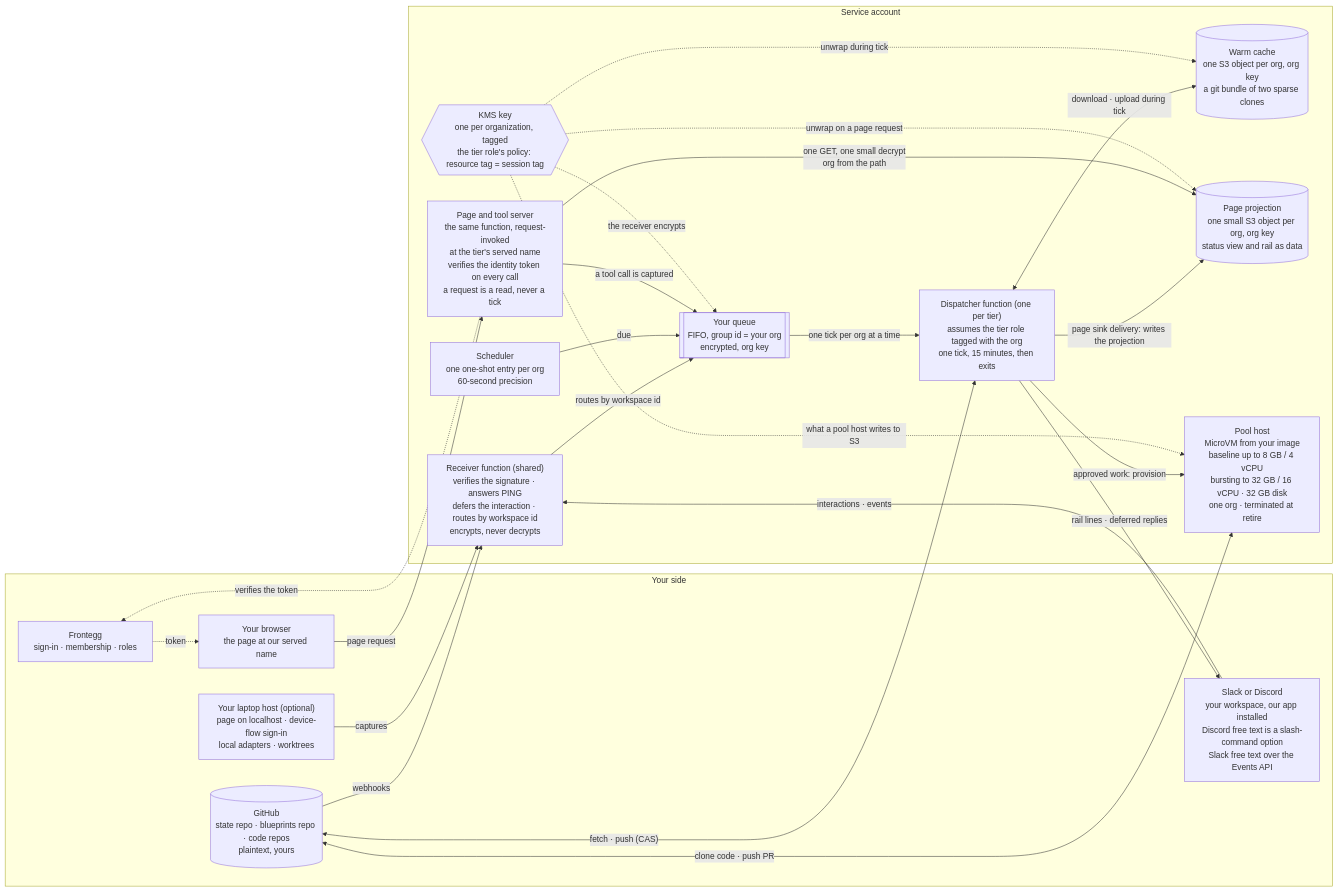
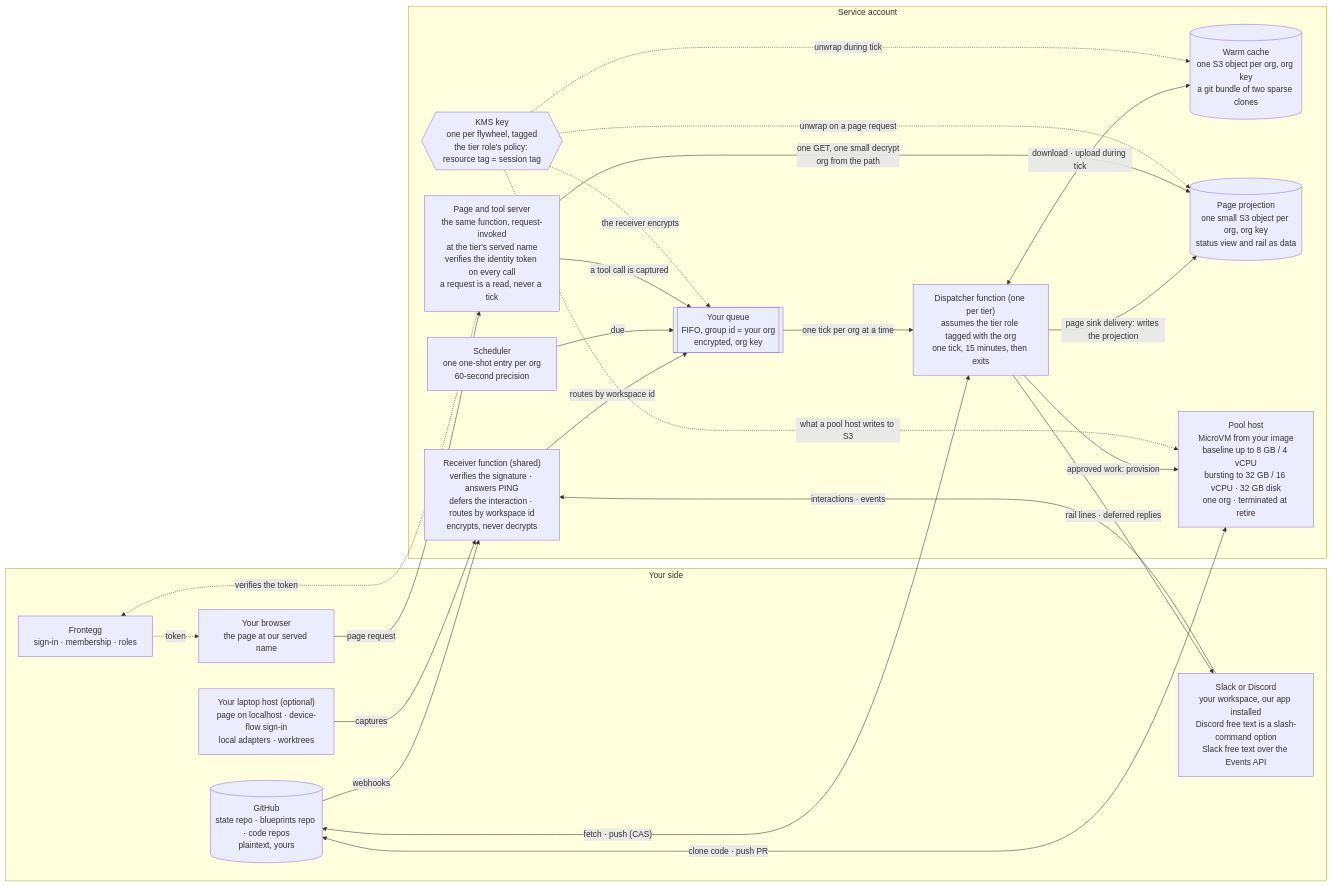
One commit to agentplot/blueprints changed the diagram in design/flywheel-next/proposals/hosted-design.md. Above: the diagram before and after it, drawn with Mermaid. The commit also changed other lines of this file and 49 other files, not shown here.

````diff
--- a/design/flywheel-next/proposals/hosted-design.md
+++ b/design/flywheel-next/proposals/hosted-design.md
@@ -16,42 +16,42 @@
 ```mermaid
 flowchart LR
   subgraph you["Your side"]
     gh[("GitHub<br/>state repo · blueprints repo · code repos<br/>plaintext, yours")]
     lap["Your laptop host (optional)<br/>page on localhost · device-flow sign-in<br/>local adapters · worktrees"]
     chat["Slack or Discord<br/>your workspace, our app installed<br/>Discord free text is a slash-command option<br/>Slack free text over the Events API"]
     idp["Frontegg<br/>sign-in · membership · roles"]
     br["Your browser<br/>the page at our served name"]
   end
   subgraph svc["Service account"]
     rcv["Receiver function (shared)<br/>verifies the signature · answers PING<br/>defers the interaction · routes by workspace id<br/>encrypts, never decrypts"]
     q[["Your queue<br/>FIFO, group id = your org<br/>encrypted, org key"]]
     disp["Dispatcher function (one per tier)<br/>assumes the tier role tagged with the org<br/>one tick, 15 minutes, then exits"]
     page["Page and tool server<br/>the same function, request-invoked<br/>at the tier's served name<br/>verifies the identity token on every call<br/>a request is a read, never a tick"]
     cache[("Warm cache<br/>one S3 object per org, org key<br/>a git bundle of two sparse clones")]
     proj[("Page projection<br/>one small S3 object per org, org key<br/>status view and rail as data")]
     sched["Scheduler<br/>one one-shot entry per org<br/>60-second precision"]
     pool["Pool host<br/>MicroVM from your image<br/>baseline up to 8 GB / 4 vCPU<br/>bursting to 32 GB / 16 vCPU · 32 GB disk<br/>one org · terminated at retire"]
-    key{{"KMS key<br/>one per organization, tagged<br/>the tier role's policy: resource tag = session tag"}}
+    key{{"KMS key<br/>one per flywheel, tagged<br/>the tier role's policy: resource tag = session tag"}}
   end
   gh -- "webhooks" --> rcv
   chat -- "interactions · events" --> rcv
   lap -- "captures" --> rcv
   rcv -- "routes by workspace id" --> q
   q -- "one tick per org at a time" --> disp
   sched -- "due" --> q
   br -- "page request" --> page
   idp -. "token" .-> br
   page -. "verifies the token" .-> idp
   page -- "a tool call is captured" --> q
   disp <-- "fetch · push (CAS)" --> gh
   disp <-- "download · upload during tick" --> cache
   disp -- "rail lines · deferred replies" --> chat
   disp -- "approved work: provision" --> pool
   pool <-- "clone code · push PR" --> gh
   disp -- "page sink delivery: writes the projection" --> proj
   page -- "one GET, one small decrypt<br/>org from the path" --> proj
   key -. "unwrap during tick" .-> cache
   key -. "unwrap on a page request" .-> proj
   key -. "the receiver encrypts" .-> q
   key -. "what a pool host writes to S3" .-> pool
 ```
````
